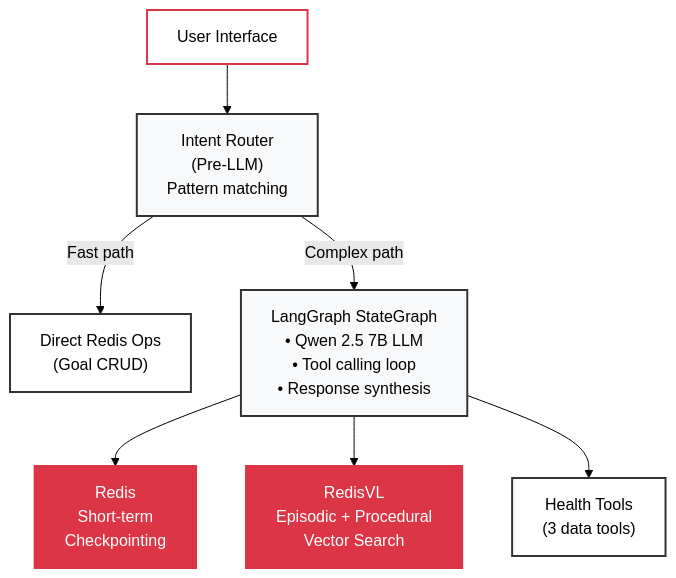
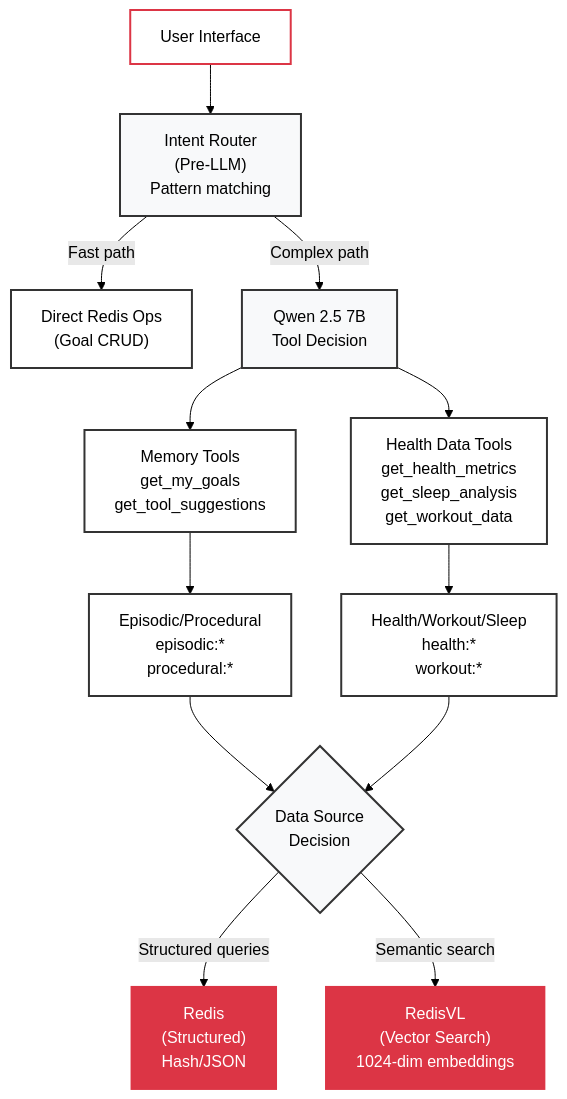
One commit to AllieRays/redis-wellness changed the first of 2 diagrams in docs/STATEFUL_AGENT.md. Above: the diagram before and after it, drawn with Mermaid (forest theme). The commit also changed other lines of this file, not shown here.

Commit message:
Update architecture diagram with unified data source decision flow

````diff
--- a/docs/STATEFUL_AGENT.md
+++ b/docs/STATEFUL_AGENT.md
@@ -44,28 +44,47 @@
 ```mermaid
 flowchart TB
     UI["User Interface"]
     Router["Intent Router<br/>(Pre-LLM)<br/>Pattern matching"]
+    FastPath["Direct Redis Ops<br/>(Goal CRUD)"]
 
-    FastPath["Direct Redis Ops<br/>(Goal CRUD)"]
-    ComplexPath["LangGraph StateGraph<br/>• Qwen 2.5 7B LLM<br/>• Tool calling loop<br/>• Response synthesis"]
+    Qwen["Qwen 2.5 7B<br/>Tool Decision"]
 
-    RedisShort["Redis<br/>Short-term<br/>Checkpointing"]
-    RedisVL["RedisVL<br/>Episodic + Procedural<br/>Vector Search"]
-    Tools["Health Tools<br/>(3 data tools)"]
+    MemoryTools["Memory Tools<br/>get_my_goals<br/>get_tool_suggestions"]
+    HealthTools["Health Data Tools<br/>get_health_metrics<br/>get_sleep_analysis<br/>get_workout_data"]
+
+    MemoryData["Episodic/Procedural<br/>episodic:*<br/>procedural:*"]
+    HealthData["Health/Workout/Sleep<br/>health:*<br/>workout:*"]
+
+    DataSource{"Data Source<br/>Decision"}
+
+    RedisStructured["Redis<br/>(Structured)<br/>Hash/JSON"]
+    RedisVector["RedisVL<br/>(Vector Search)<br/>1024-dim embeddings"]
 
     UI --> Router
     Router -->|"Fast path"| FastPath
-    Router -->|"Complex path"| ComplexPath
+    Router -->|"Complex path"| Qwen
 
-    ComplexPath --> RedisShort
-    ComplexPath --> RedisVL
-    ComplexPath --> Tools
+    Qwen --> MemoryTools
+    Qwen --> HealthTools
+
+    MemoryTools --> MemoryData
+    HealthTools --> HealthData
+
+    MemoryData --> DataSource
+    HealthData --> DataSource
+
+    DataSource -->|"Structured queries"| RedisStructured
+    DataSource -->|"Semantic search"| RedisVector
 
     style UI fill:#fff,stroke:#dc3545,stroke-width:2px,color:#000
     style Router fill:#f8f9fa,stroke:#333,stroke-width:2px,color:#000
     style FastPath fill:#fff,stroke:#333,stroke-width:2px,color:#000
-    style ComplexPath fill:#f8f9fa,stroke:#333,stroke-width:2px,color:#000
-    style RedisShort fill:#dc3545,stroke:#dc3545,stroke-width:2px,color:#fff
-    style RedisVL fill:#dc3545,stroke:#dc3545,stroke-width:2px,color:#fff
-    style Tools fill:#fff,stroke:#333,stroke-width:2px,color:#000
+    style Qwen fill:#f8f9fa,stroke:#333,stroke-width:2px,color:#000
+    style MemoryTools fill:#fff,stroke:#333,stroke-width:2px,color:#000
+    style HealthTools fill:#fff,stroke:#333,stroke-width:2px,color:#000
+    style MemoryData fill:#fff,stroke:#333,stroke-width:2px,color:#000
+    style HealthData fill:#fff,stroke:#333,stroke-width:2px,color:#000
+    style DataSource fill:#f8f9fa,stroke:#333,stroke-width:2px,color:#000
+    style RedisStructured fill:#dc3545,stroke:#dc3545,stroke-width:2px,color:#fff
+    style RedisVector fill:#dc3545,stroke:#dc3545,stroke-width:2px,color:#fff
 ```
````
